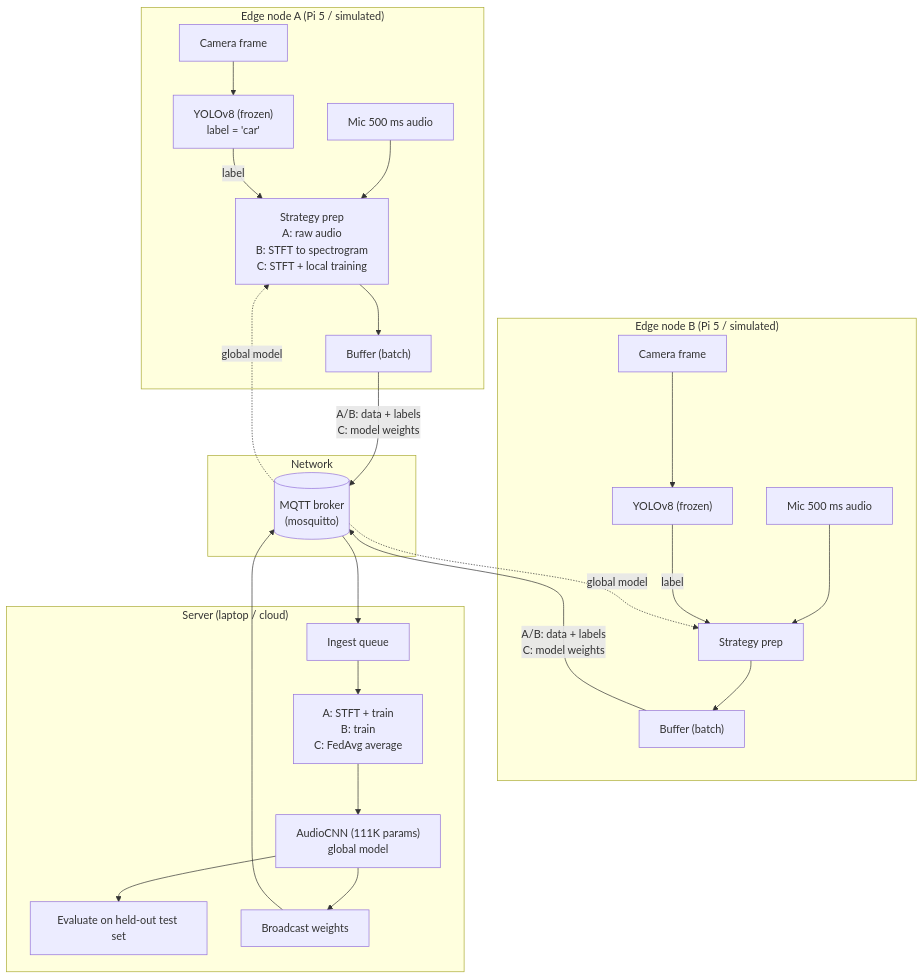
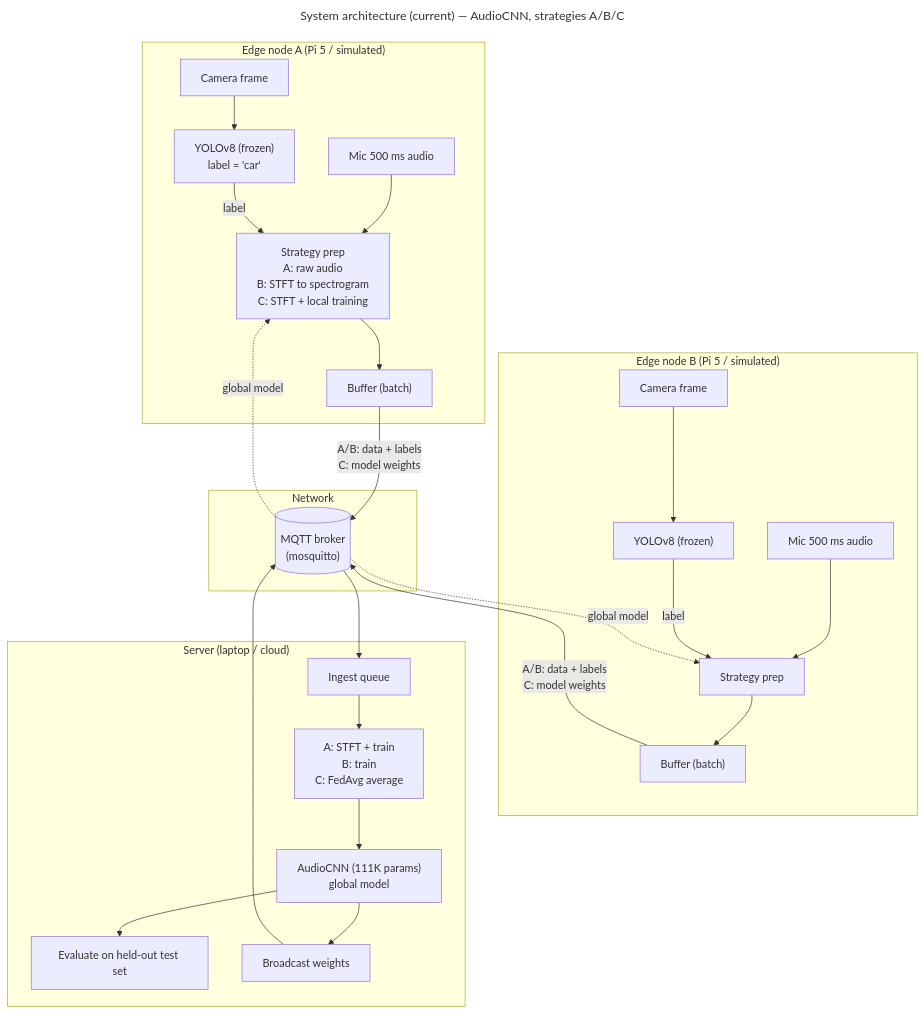
Before and after one commit to Hassananwar12030/edgeComputing: the first of 5 diagrams in docs/DIAGRAMS.md, drawn with Mermaid. The commit also changed other lines of this file, not shown here.

Commit message:
docs: DIAGRAMS.md — add titles/notes in-diagram, fix live-Pi participant aliases, mark A/B broadcast as optional-for-inference

````diff
--- a/docs/DIAGRAMS.md
+++ b/docs/DIAGRAMS.md
@@ -21,34 +21,37 @@
 ```mermaid
+---
+title: "System architecture (current) — AudioCNN, strategies A/B/C"
+---
 flowchart TB
     subgraph EDGE_A["Edge node A (Pi 5 / simulated)"]
         camA["Camera frame"] --> yoloA["YOLOv8 (frozen)<br/>label = 'car'"]
         micA["Mic 500 ms audio"] --> prepA["Strategy prep<br/>A: raw audio<br/>B: STFT to spectrogram<br/>C: STFT + local training"]
         yoloA -- "label" --> prepA
         prepA --> bufA["Buffer (batch)"]
     end
 
     subgraph EDGE_B["Edge node B (Pi 5 / simulated)"]
         camB["Camera frame"] --> yoloB["YOLOv8 (frozen)"]
         micB["Mic 500 ms audio"] --> prepB["Strategy prep"]
         yoloB -- "label" --> prepB
         prepB --> bufB["Buffer (batch)"]
     end
 
     subgraph NET["Network"]
         broker[("MQTT broker<br/>(mosquitto)")]
     end
 
     subgraph SERVER["Server (laptop / cloud)"]
         ingest["Ingest queue"] --> role["A: STFT + train<br/>B: train<br/>C: FedAvg average"]
         role --> cnn["AudioCNN (111K params)<br/>global model"]
         cnn --> eval["Evaluate on held-out test set"]
         cnn --> bcast["Broadcast weights"]
     end
 
     bufA -- "A/B: data + labels<br/>C: model weights" --> broker
     bufB -- "A/B: data + labels<br/>C: model weights" --> broker
     broker --> ingest
     bcast --> broker
     broker -. "global model" .-> prepA
     broker -. "global model" .-> prepB
 ```
````
